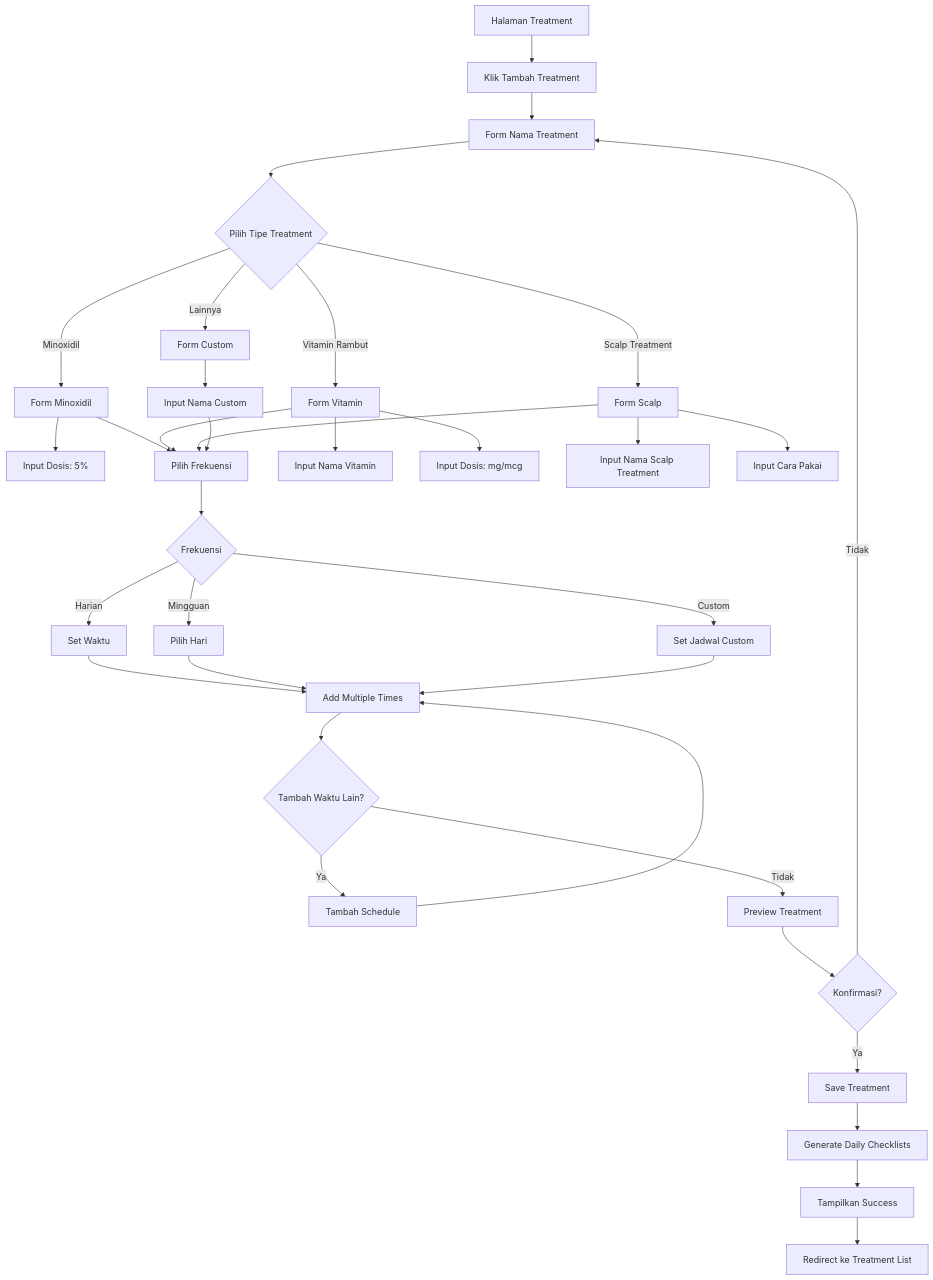
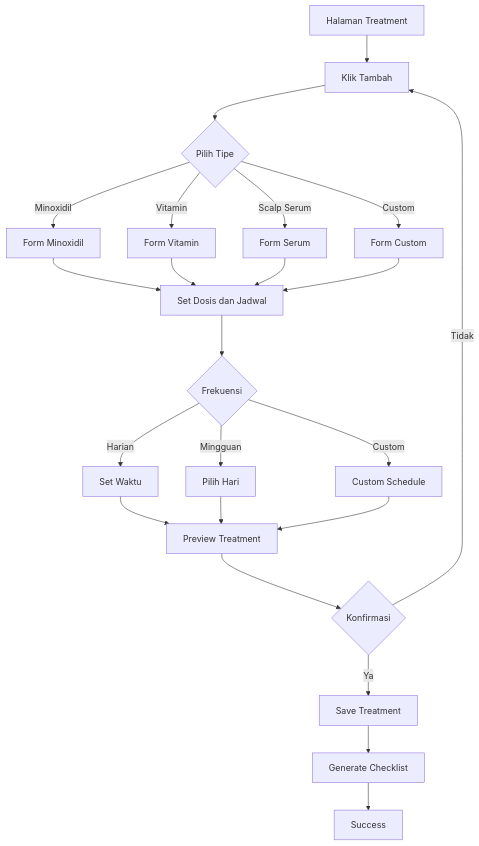
The fifth of 8 diagrams in Documentation/USER-FLOW.md (petrushandika/Scalp-Analytics), drawn with Mermaid before and after one commit. The commit also changed other lines of this file, not shown here.

Commit message:
Refactor user flow documentation to streamline content and improve clarity. Removed outdated sections, updated wireframe representations, and enhanced form component details for user registration. Simplified input processes and adjusted flowchart for better readability.

````diff
--- a/Documentation/USER-FLOW.md
+++ b/Documentation/USER-FLOW.md
@@ -599,47 +377,30 @@
 ```mermaid
 flowchart TD
-    A[Halaman Treatment] --> B[Klik Tambah Treatment]
-    B --> C[Form Nama Treatment]
+    A[Halaman Treatment] --> B[Klik Tambah]
+    B --> C{Pilih Tipe}
     
-    C --> D{Pilih Tipe Treatment}
-    D -->|Minoxidil| E[Form Minoxidil]
-    D -->|Vitamin Rambut| F[Form Vitamin]
-    D -->|Scalp Treatment| G[Form Scalp]
-    D -->|Lainnya| H[Form Custom]
+    C -->|Minoxidil| D[Form Minoxidil]
+    C -->|Vitamin| E[Form Vitamin]
+    C -->|Scalp Serum| F[Form Serum]
+    C -->|Custom| G[Form Custom]
     
-    E --> I[Input Dosis: 5%]
-    E --> J[Pilih Frekuensi]
+    D --> H[Set Dosis dan Jadwal]
+    E --> H
+    F --> H
+    G --> H
     
-    F --> K[Input Nama Vitamin]
-    F --> L[Input Dosis: mg/mcg]
-    F --> J
+    H --> I{Frekuensi}
+    I -->|Harian| J[Set Waktu]
+    I -->|Mingguan| K[Pilih Hari]
+    I -->|Custom| L[Custom Schedule]
     
-    G --> M[Input Nama Scalp Treatment]
-    G --> N[Input Cara Pakai]
-    G --> J
+    J --> M[Preview Treatment]
+    K --> M
+    L --> M
     
-    H --> O[Input Nama Custom]
-    O --> J
-    
-    J --> P{Frekuensi}
-    P -->|Harian| Q[Set Waktu]
-    P -->|Mingguan| R[Pilih Hari]
-    P -->|Custom| S[Set Jadwal Custom]
-    
-    Q --> T[Add Multiple Times]
-    R --> T
-    S --> T
-    
-    T --> U{Tambah Waktu Lain?}
-    U -->|Ya| V[Tambah Schedule]
-    V --> T
-    U -->|Tidak| W[Preview Treatment]
-    
-    W --> X{Konfirmasi?}
-    X -->|Tidak| C
-    X -->|Ya| Y[Save Treatment]
-    
-    Y --> Z[Generate Daily Checklists]
-    Z --> AA[Tampilkan Success]
-    AA --> AB[Redirect ke Treatment List]
+    M --> N{Konfirmasi}
+    N -->|Tidak| B
+    N -->|Ya| O[Save Treatment]
+    O --> P[Generate Checklist]
+    P --> Q[Success]
 ```
````
